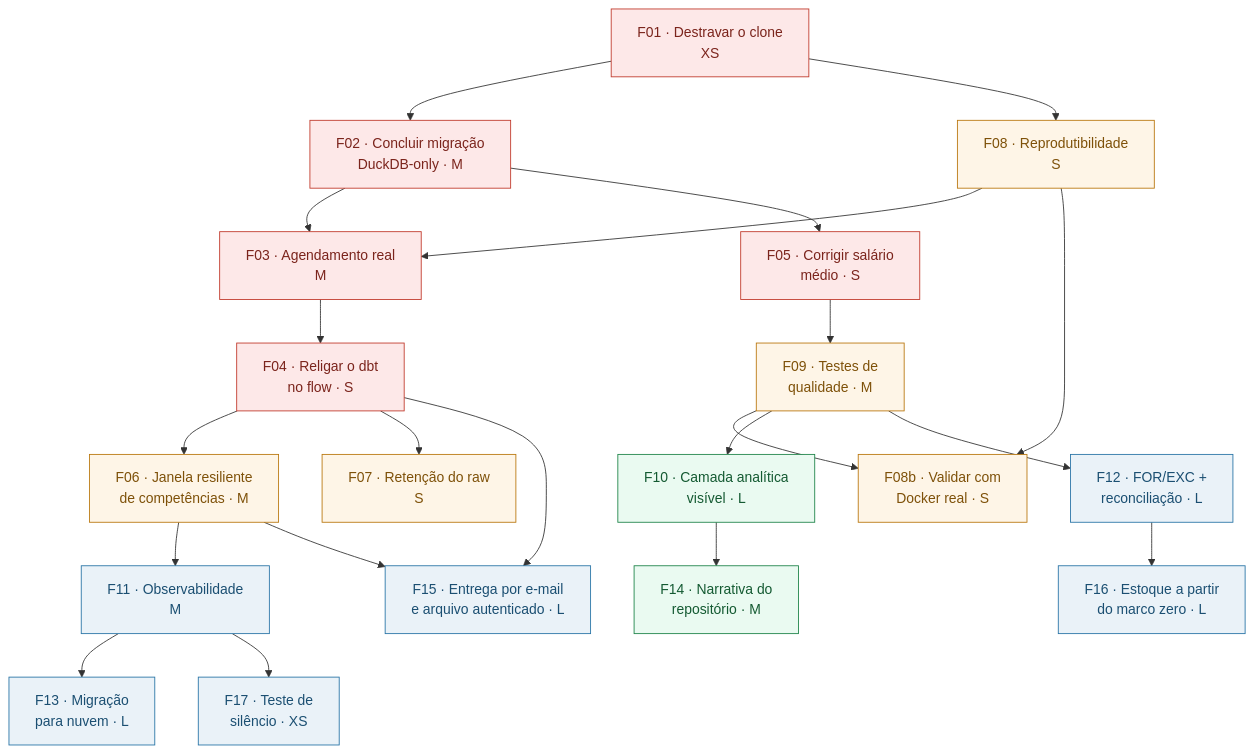
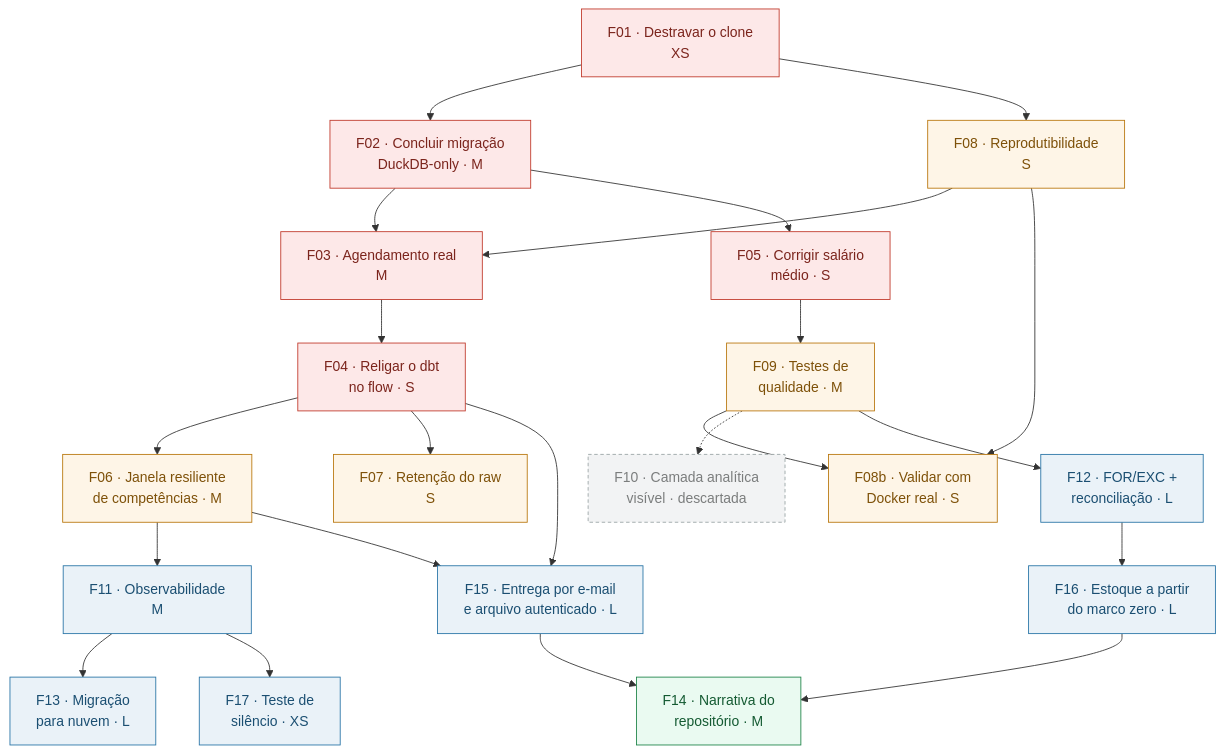
Before and after one commit to raulleninis/heco-caged-datastack: the diagram in docs/fatias/README.md, drawn with Mermaid. The commit also changed other lines of this file and 8 other files, not shown here.

First line of the commit message:
docs: F10 descartada no repositório público; análise vira produto interno

````diff
--- a/docs/fatias/README.md
+++ b/docs/fatias/README.md
@@ -13,32 +13,35 @@
 ```mermaid
 flowchart TD
     F01["F01 · Destravar o clone<br/>XS"] --> F02["F02 · Concluir migração<br/>DuckDB-only · M"]
     F01 --> F08["F08 · Reprodutibilidade<br/>S"]
     F02 --> F03["F03 · Agendamento real<br/>M"]
     F08 --> F03
     F03 --> F04["F04 · Religar o dbt<br/>no flow · S"]
     F04 --> F06["F06 · Janela resiliente<br/>de competências · M"]
     F02 --> F05["F05 · Corrigir salário<br/>médio · S"]
     F05 --> F09["F09 · Testes de<br/>qualidade · M"]
     F04 --> F07["F07 · Retenção do raw<br/>S"]
     F08 --> F08b["F08b · Validar com<br/>Docker real · S"]
     F09 --> F08b
-    F09 --> F10["F10 · Camada analítica<br/>visível · L"]
+    F09 -.-> F10["F10 · Camada analítica<br/>visível · descartada"]
     F06 --> F11["F11 · Observabilidade<br/>M"]
     F09 --> F12["F12 · FOR/EXC +<br/>reconciliação · L"]
     F11 --> F13["F13 · Migração<br/>para nuvem · L"]
-    F10 --> F14["F14 · Narrativa do<br/>repositório · M"]
+    F15 --> F14["F14 · Narrativa do<br/>repositório · M"]
+    F16 --> F14
     F04 --> F15["F15 · Entrega por e-mail<br/>e arquivo autenticado · L"]
     F06 --> F15
     F12 --> F16["F16 · Estoque a partir<br/>do marco zero · L"]
     F11 --> F17["F17 · Teste de<br/>silêncio · XS"]
 
     classDef agora fill:#fde8e8,stroke:#c0392b,color:#7b241c
     classDef pre fill:#fef5e7,stroke:#b9770e,color:#7e5109
     classDef prod fill:#eaf2f8,stroke:#2874a6,color:#1b4f72
     classDef vitrine fill:#eafaf1,stroke:#1e8449,color:#145a32
     class F01,F02,F03,F04,F05 agora
     class F06,F07,F08,F08b,F09 pre
     class F11,F12,F13,F15,F16,F17 prod
-    class F10,F14 vitrine
+    classDef descartada fill:#f2f3f4,stroke:#99a3a4,color:#7b7d7d,stroke-dasharray:4 3
+    class F14 vitrine
+    class F10 descartada
 ```
````
